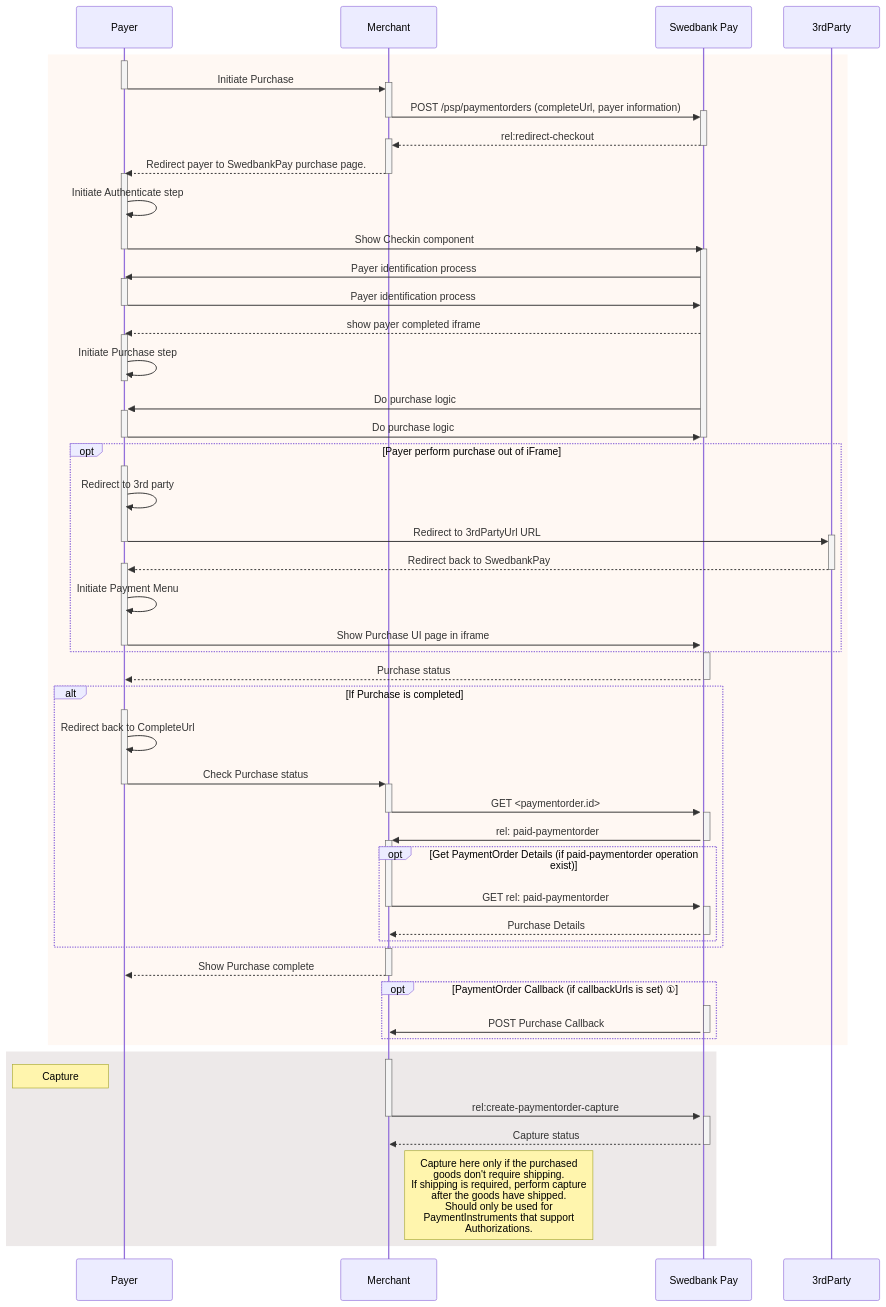
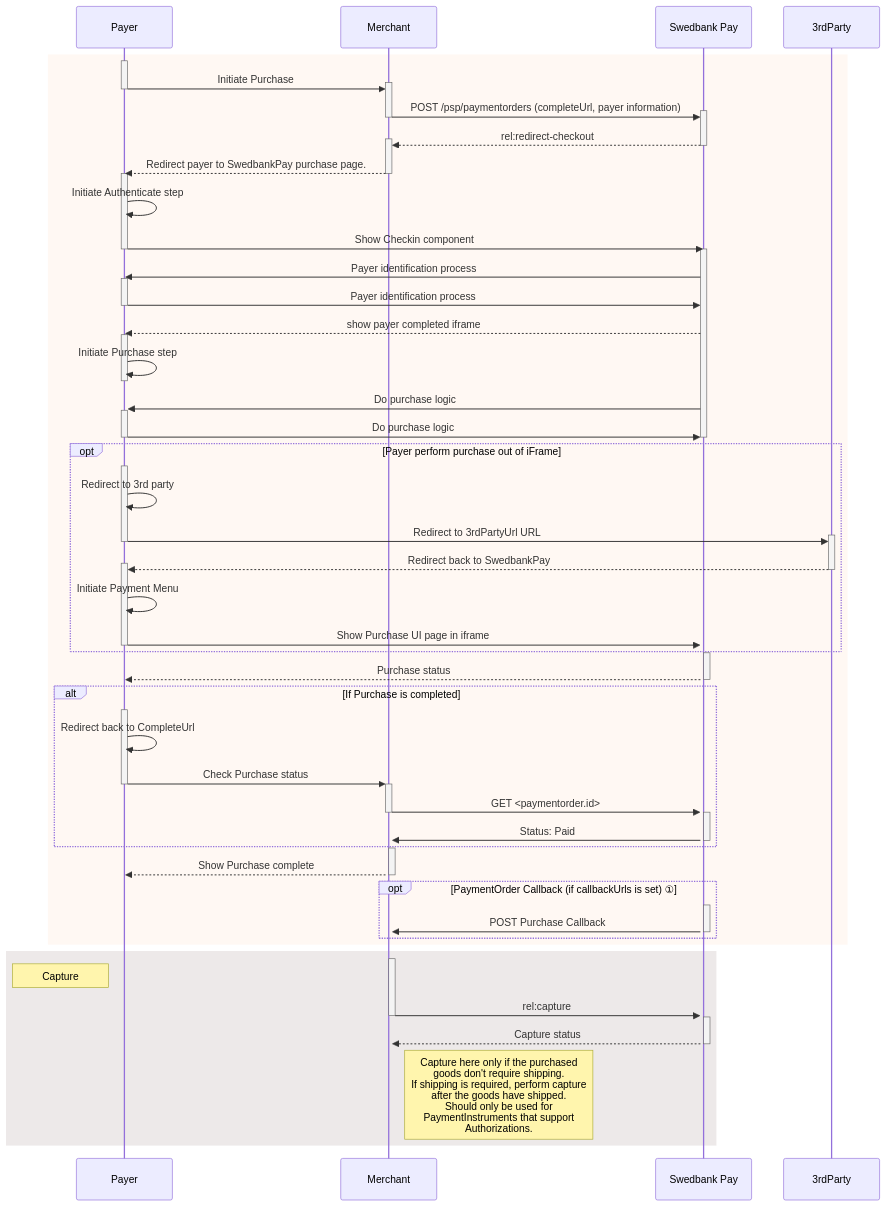
The first of 7 diagrams in checkout-v3/sequence-diagrams.md (SwedbankPay/developer.swedbankpay.com), drawn with Mermaid before and after one commit. The commit also changed other lines of this file, not shown here.

```diff
--- a/checkout-v3/sequence-diagrams.md
+++ b/checkout-v3/sequence-diagrams.md
@@ -70,14 +70,8 @@
             deactivate Payer
             Merchant ->>+ SwedbankPay: GET <paymentorder.id>
             deactivate Merchant
-            SwedbankPay ->>+ Merchant: rel: paid-paymentorder
+            SwedbankPay ->>+ Merchant: Status: Paid
             deactivate SwedbankPay
-            opt Get PaymentOrder Details (if paid-paymentorder operation exist)
-            Merchant ->>+ SwedbankPay: GET rel: paid-paymentorder
-            deactivate Merchant
-            SwedbankPay -->> Merchant: Purchase Details
-            deactivate SwedbankPay
-            end
             end
 
 activate Merchant
@@ -92,7 +86,7 @@
     rect rgba(81,43,43,0.1)
         activate Merchant
         note left of Payer: Capture
-        Merchant ->>+ SwedbankPay: rel:create-paymentorder-capture
+        Merchant ->>+ SwedbankPay: rel:capture
         deactivate Merchant
         SwedbankPay -->>- Merchant: Capture status
         note right of Merchant: Capture here only if the purchased<br/>goods don't require shipping.<br/>If shipping is required, perform capture<br/>after the goods have shipped.<br>Should only be used for <br>PaymentInstruments that support <br>Authorizations.
```
